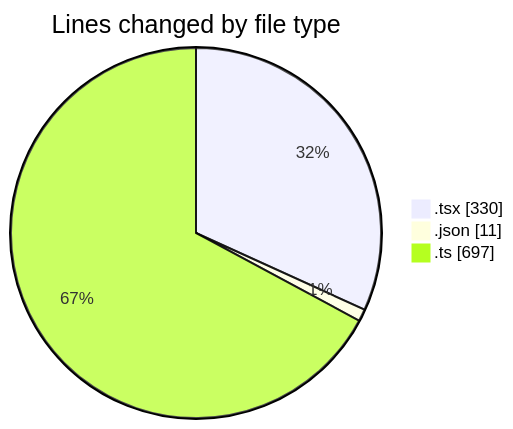
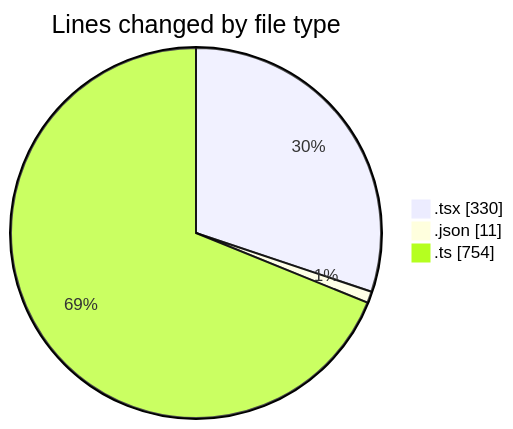
Before and after one commit to momahboobian/code-tracking: the first of 2 diagrams in 2025-05-12/cda/README.md, drawn with Mermaid. The commit also changed other lines of this file and 1 other file, not shown here.

````diff
--- a/2025-05-12/cda/README.md
+++ b/2025-05-12/cda/README.md
@@ -31,7 +31,7 @@
 ```mermaid
 pie showData
 title Lines changed by file type
 ".tsx" : 330
 ".json" : 11
-".ts" : 697
+".ts" : 754
 ```
````
